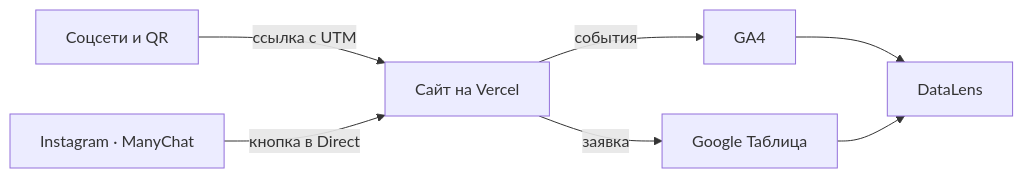
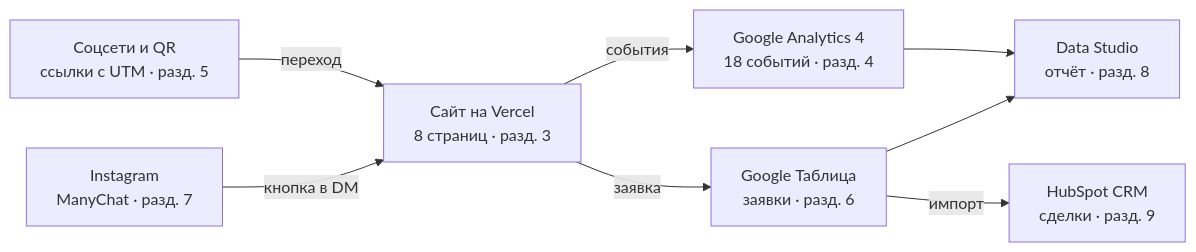
Before and after one commit to nikaxzzl/Information_Technolog: the diagram in kursovaya_rabota/shablon_opisanie.md, drawn with Mermaid. The commit also changed other lines of this file and 4 other files, not shown here.

````diff
--- a/kursovaya_rabota/shablon_opisanie.md
+++ b/kursovaya_rabota/shablon_opisanie.md
@@ -34,9 +29,11 @@
 ```mermaid
 flowchart LR
-  soc[Соцсети и QR] -->|ссылка с UTM| site[Сайт на Vercel]
-  ig[Instagram · ManyChat] -->|кнопка в Direct| site
-  site -->|события| ga[GA4]
-  site -->|заявка| sh[Google Таблица]
-  ga --> dl[DataLens]
-  sh --> dl
+  soc[Соцсети и QR<br>ссылки с UTM · разд. 5] -->|переход| site[Сайт на Vercel<br>8 страниц · разд. 3]
+  ig[Instagram<br>ManyChat · разд. 7] -->|кнопка в DM| site
+  site -->|события| ga[Google Analytics 4<br>18 событий · разд. 4]
+  site -->|заявка| sh[Google Таблица<br>заявки · разд. 6]
+  ga --> ds[Data Studio<br>отчёт · разд. 8]
+  sh --> ds
+  sh -->|импорт| crm[HubSpot CRM<br>сделки · разд. 9]
+
 ```
````
